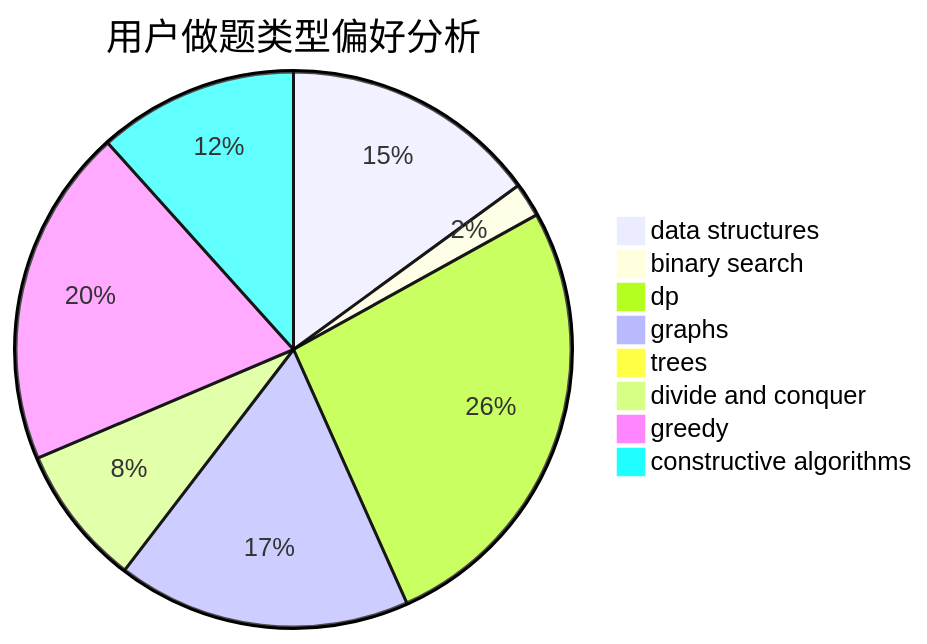
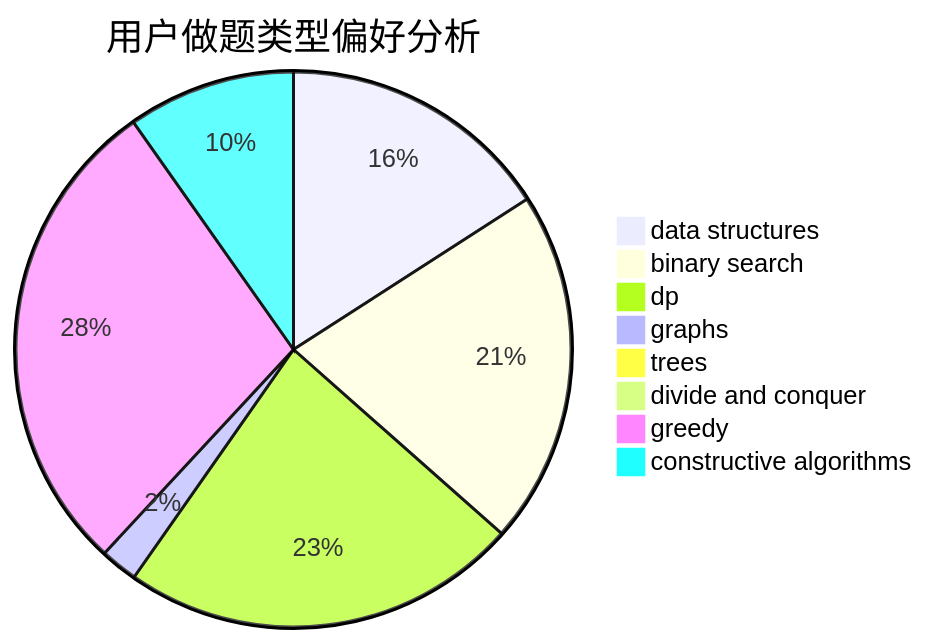
Before and after one commit to sherpahu/cfrs.github.io: the second of 3 diagrams in docs/user/u1171.md, drawn with Mermaid. The commit also changed other lines of this file and 2770 other files, not shown here.

````diff
--- a/docs/user/u1171.md
+++ b/docs/user/u1171.md
@@ -23,11 +23,11 @@
 ```mermaid
 pie title 用户做题类型偏好分析
-    "data structures" :  113
-    "binary search" :  15
-    "dp" :  199
-    "graphs" :  129
-    "trees" :  4
-    "divide and conquer" :  62
-    "greedy" :  149
-    "constructive algorithms" :  88
+    "data structures" :  394
+    "binary search" :  511
+    "dp" :  575
+    "graphs" :  54
+    "trees" :  2
+    "divide and conquer" :  1
+    "greedy" :  702
+    "constructive algorithms" :  242
 ```
````
